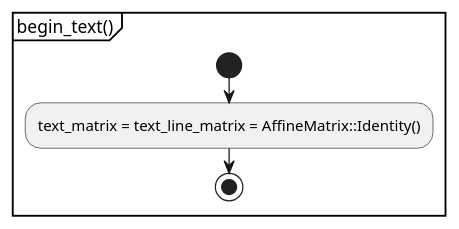
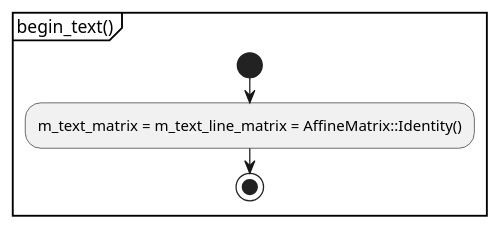
Before and after one commit to KodaiYM/PDFReader: the fifth of 6 diagrams in document/document_reader/page_tree_parser/page_parser/contents_parser/pdfcontents_builder/pdfcontents_builder.activity.pu, drawn with PlantUML. The commit also changed other lines of this file and 24 other files, not shown here.

```diff
--- a/document/document_reader/page_tree_parser/page_parser/contents_parser/pdfcontents_builder/pdfcontents_builder.activity.pu
+++ b/document/document_reader/page_tree_parser/page_parser/contents_parser/pdfcontents_builder/pdfcontents_builder.activity.pu
@@ -33,7 +33,7 @@
 @startuml begin_text
 partition "begin_text()" {
 start
-	:text_matrix = text_line_matrix = AffineMatrix::Identity();
+	:m_text_matrix = m_text_line_matrix = AffineMatrix::Identity();
 stop
 }
 @enduml
```
